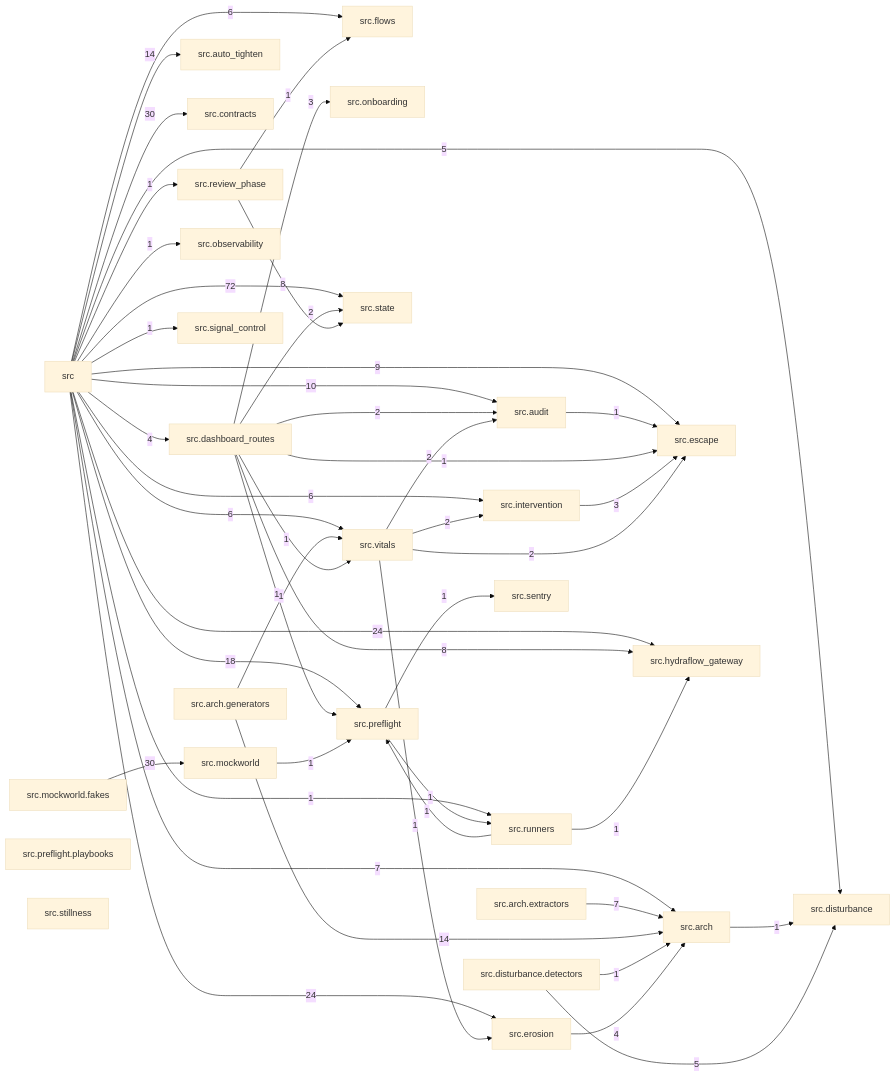
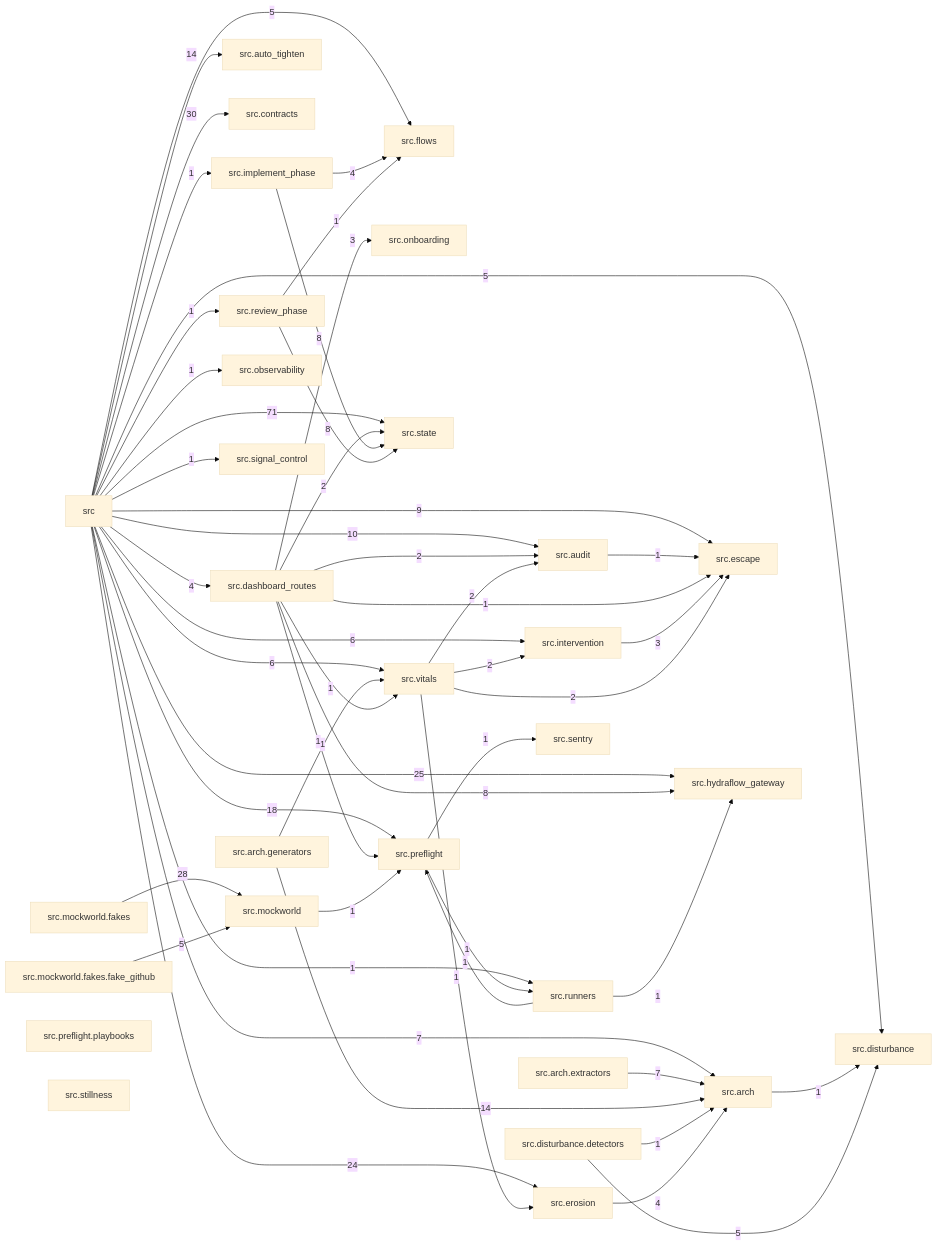
Before and after one commit to T-rav/hydraflow: the diagram in docs/arch/generated/modules.md, drawn with Mermaid (base theme). The commit also changed 17 other files, not shown here.

```diff
--- a/docs/arch/generated/modules.md
+++ b/docs/arch/generated/modules.md
@@ -20,9 +20,11 @@
     src_escape["src.escape"]
     src_flows["src.flows"]
     src_hydraflow_gateway["src.hydraflow_gateway"]
+    src_implement_phase["src.implement_phase"]
     src_intervention["src.intervention"]
     src_mockworld["src.mockworld"]
     src_mockworld_fakes["src.mockworld.fakes"]
+    src_mockworld_fakes_fake_github["src.mockworld.fakes.fake_github"]
     src_observability["src.observability"]
     src_onboarding["src.onboarding"]
     src_preflight["src.preflight"]
@@ -42,15 +44,16 @@
     src -- "5" --> src_disturbance
     src -- "24" --> src_erosion
     src -- "9" --> src_escape
-    src -- "6" --> src_flows
-    src -- "24" --> src_hydraflow_gateway
+    src -- "5" --> src_flows
+    src -- "25" --> src_hydraflow_gateway
+    src -- "1" --> src_implement_phase
     src -- "6" --> src_intervention
     src -- "1" --> src_observability
     src -- "18" --> src_preflight
     src -- "1" --> src_review_phase
     src -- "1" --> src_runners
     src -- "1" --> src_signal_control
-    src -- "72" --> src_state
+    src -- "71" --> src_state
     src -- "6" --> src_vitals
     src_arch -- "1" --> src_disturbance
     src_arch_extractors -- "7" --> src_arch
@@ -67,9 +70,12 @@
     src_disturbance_detectors -- "1" --> src_arch
     src_disturbance_detectors -- "5" --> src_disturbance
     src_erosion -- "4" --> src_arch
+    src_implement_phase -- "4" --> src_flows
+    src_implement_phase -- "8" --> src_state
     src_intervention -- "3" --> src_escape
     src_mockworld -- "1" --> src_preflight
-    src_mockworld_fakes -- "30" --> src_mockworld
+    src_mockworld_fakes -- "28" --> src_mockworld
+    src_mockworld_fakes_fake_github -- "5" --> src_mockworld
     src_preflight -- "1" --> src_runners
     src_preflight -- "1" --> src_sentry
     src_review_phase -- "1" --> src_flows
```
